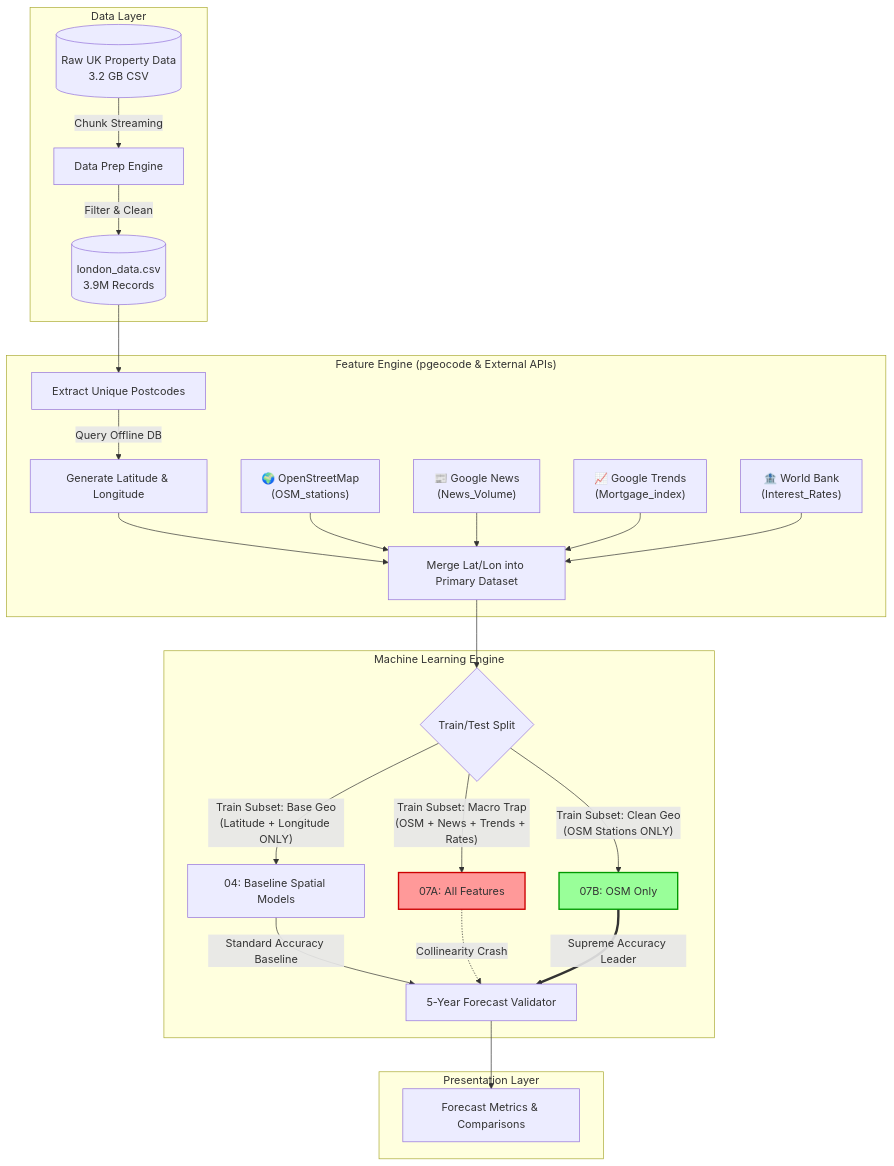
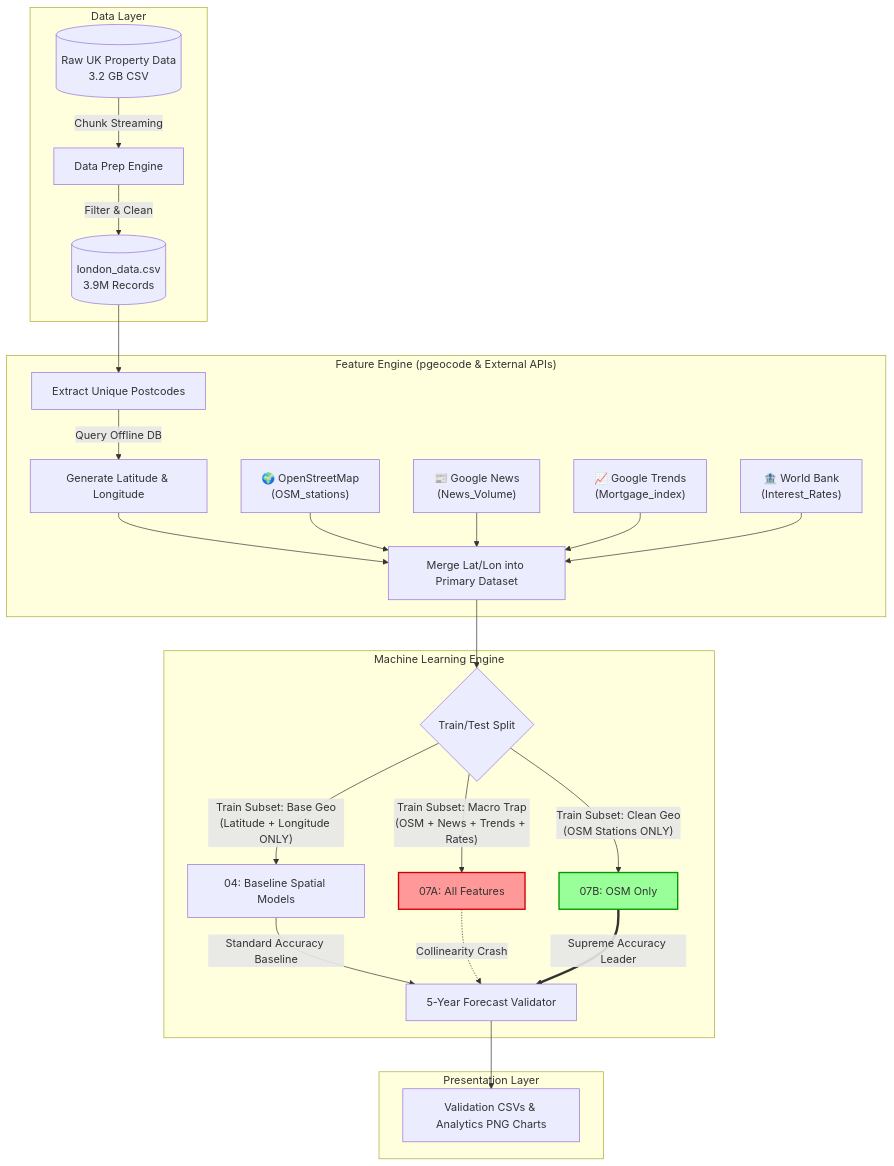
The first of 2 diagrams in README.md (SuyeshaMitra/Real_Estate_Demand_Estmation), drawn with Mermaid before and after one commit.

Commit message:
Finalize Mermaid Presentation layer explicitly citing Analytics PNG charts and Validation CSV output loops natively

````diff
--- a/README.md
+++ b/README.md
@@ -9,46 +9,46 @@
 ```mermaid
 graph TD
     classDef highlight fill:#ff9999,stroke:#cc0000,stroke-width:2px;
     classDef highlightB fill:#99ff99,stroke:#009900,stroke-width:2px;
 
     subgraph Data Layer
         A[(Raw UK Property Data\n3.2 GB CSV)] -->|Chunk Streaming| B[Data Prep Engine]
         B -->|Filter & Clean| C[(london_data.csv\n3.9M Records)]
     end
 
     subgraph "Feature Engine (pgeocode & External APIs)"
         C --> D[Extract Unique Postcodes]
         D -->|Query Offline DB| E[Generate Latitude & Longitude]
         E --> F[Merge Lat/Lon into Primary Dataset]
         
         API1["🌍 OpenStreetMap<br>(OSM_stations)"]
         API2["📰 Google News<br>(News_Volume)"]
         API3["📈 Google Trends<br>(Mortgage_index)"]
         API4["🏦 World Bank<br>(Interest_Rates)"]
         
         API1 --> F
         API2 --> F
         API3 --> F
         API4 --> F
     end
 
     subgraph Machine Learning Engine
         F --> G{Train/Test Split}
         
         G -->|"Train Subset: Base Geo<br>(Latitude + Longitude ONLY)"| Base_Models[04: Baseline Spatial Models]
         
         G -->|"Train Subset: Macro Trap<br>(OSM + News + Trends + Rates)"| A_Models[07A: All Features]
         class A_Models highlight;
         
         G -->|"Train Subset: Clean Geo<br>(OSM Stations ONLY)"| B_Models[07B: OSM Only]
         class B_Models highlightB;
         
         Base_Models -->|"Standard Accuracy Baseline"| I[5-Year Forecast Validator]
         A_Models -.->|"Collinearity Crash"| I
         B_Models ==>|"Supreme Accuracy Leader"| I
     end
 
     subgraph Presentation Layer
-        I --> K[Forecast Metrics & Comparisons]
+        I --> K["Validation CSVs & Analytics PNG Charts"]
     end
 ```
````
